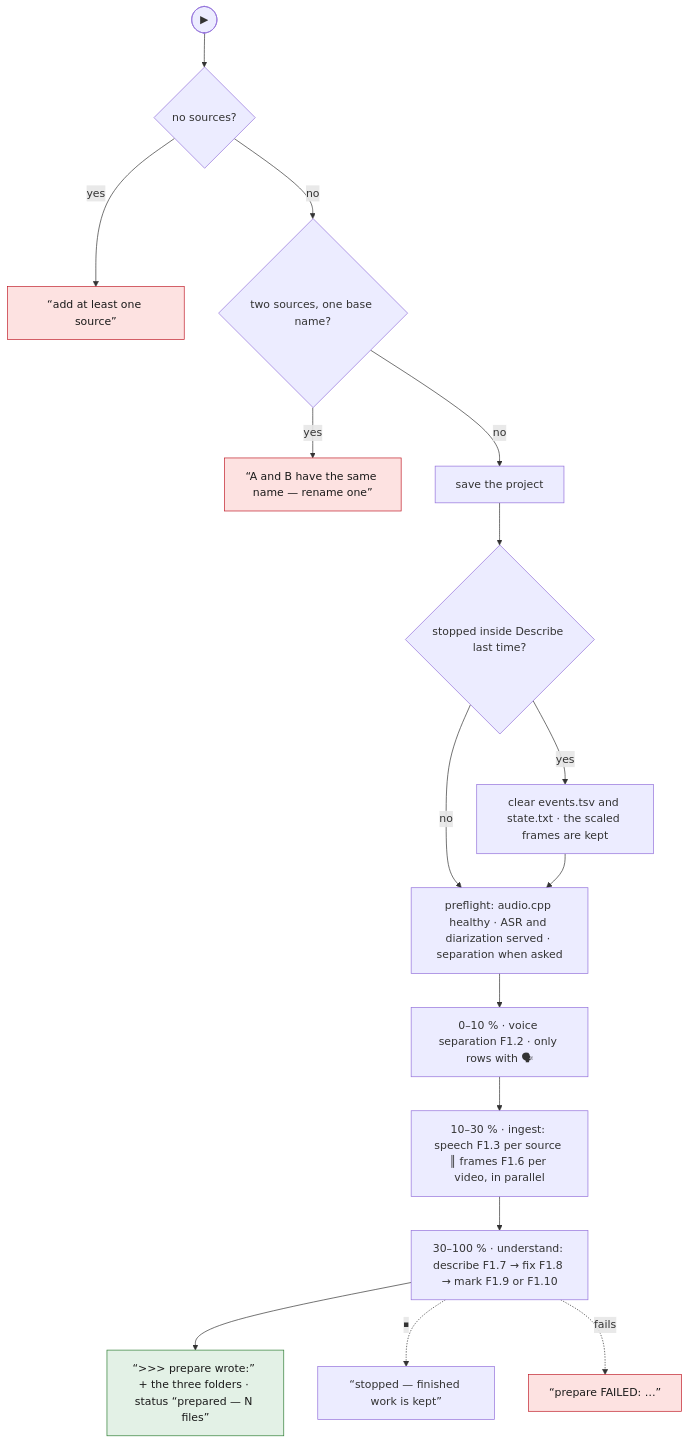
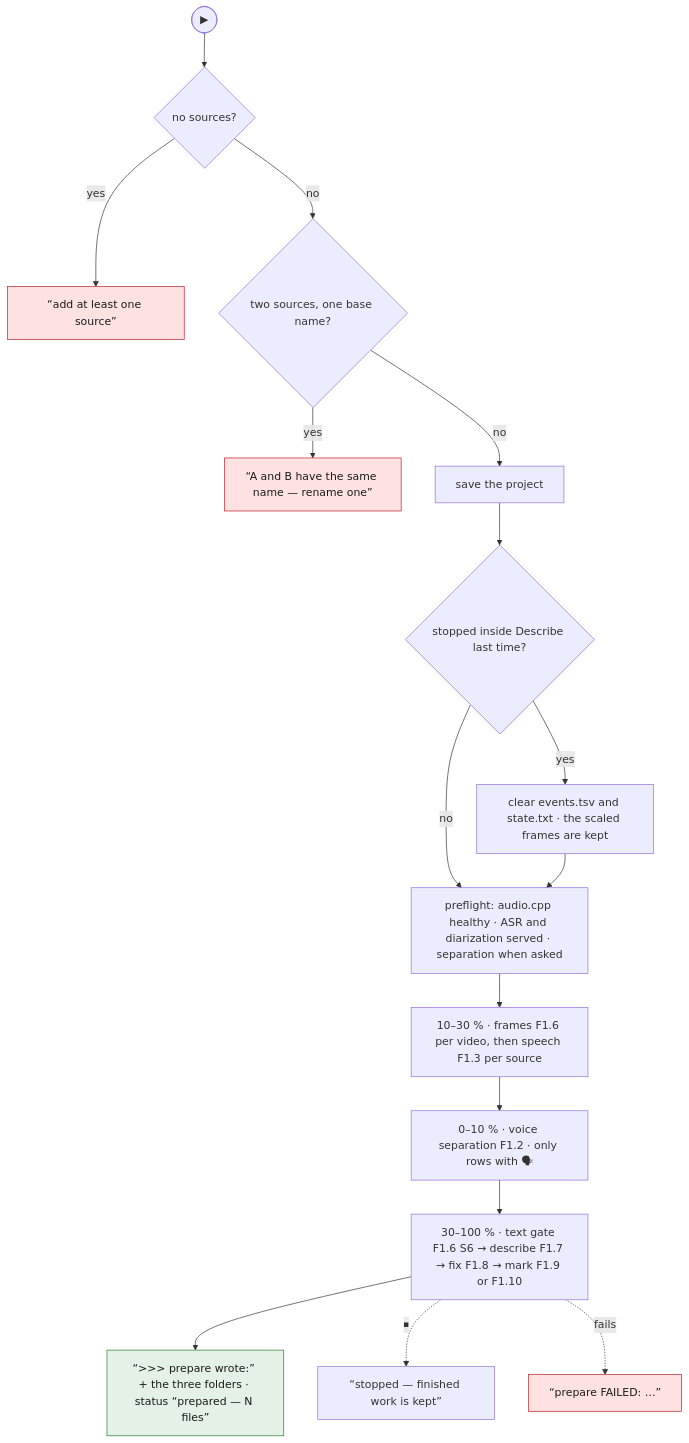
One commit to tbocek/naivepost changed the first of 12 diagrams in spec/04-prepare.md. Above: the diagram before and after it, drawn with Mermaid. The commit also changed other lines of this file and 21 other files, not shown here.

````diff
--- a/spec/04-prepare.md
+++ b/spec/04-prepare.md
@@ -35,21 +35,21 @@
 ```mermaid
 flowchart TD
   A(["▶"]) --> B{"no sources?"}
   B -- yes --> R1["“add at least one source”"]:::refuse
   B -- no --> C{"two sources, one base name?"}
   C -- yes --> R2["“A and B have the same name — rename one”"]:::refuse
   C -- no --> S["save the project"]
   S --> D{"stopped inside Describe last time?"}
   D -- yes --> CL["clear events.tsv and state.txt · the scaled frames are kept"]
   D -- no --> PF
   CL --> PF["preflight: audio.cpp healthy · ASR and diarization served · separation when asked"]
-  PF --> SEP["0–10 % · voice separation F1.2 · only rows with 🗣"]
-  SEP --> ING["10–30 % · ingest: speech F1.3 per source ║ frames F1.6 per video, in parallel"]
-  ING --> UND["30–100 % · understand: describe F1.7 → fix F1.8 → mark F1.9 or F1.10"]
+  PF --> ING["10–30 % · frames F1.6 per video, then speech F1.3 per source"]
+  ING --> SEP["0–10 % · voice separation F1.2 · only rows with 🗣"]
+  SEP --> UND["30–100 % · text gate F1.6 S6 → describe F1.7 → fix F1.8 → mark F1.9 or F1.10"]
   UND --> OK["“>>> prepare wrote:” + the three folders · status “prepared — N files”"]:::done
   UND -. ⏹ .-> ST["“stopped — finished work is kept”"]
   UND -. fails .-> FL["“prepare FAILED: …”"]:::refuse
   classDef refuse fill:#fde2e1,stroke:#c01c28,color:#1a1a1a
   classDef done fill:#e3f1e6,stroke:#2e7d32,color:#1a1a1a
   classDef ask fill:#e8eefc,stroke:#3a63c8,color:#1a1a1a
 ```
````
